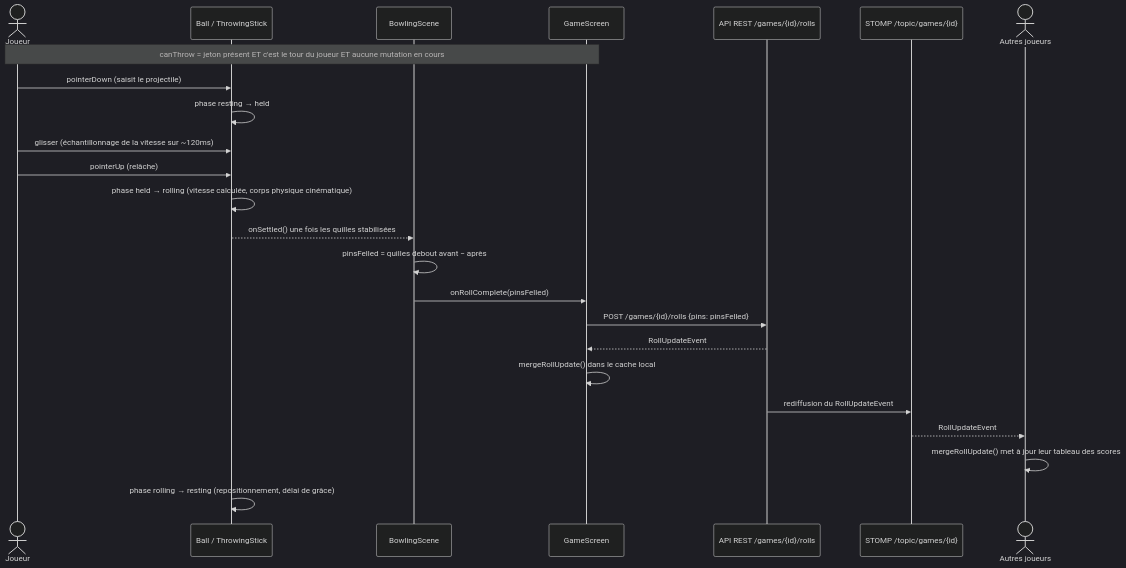
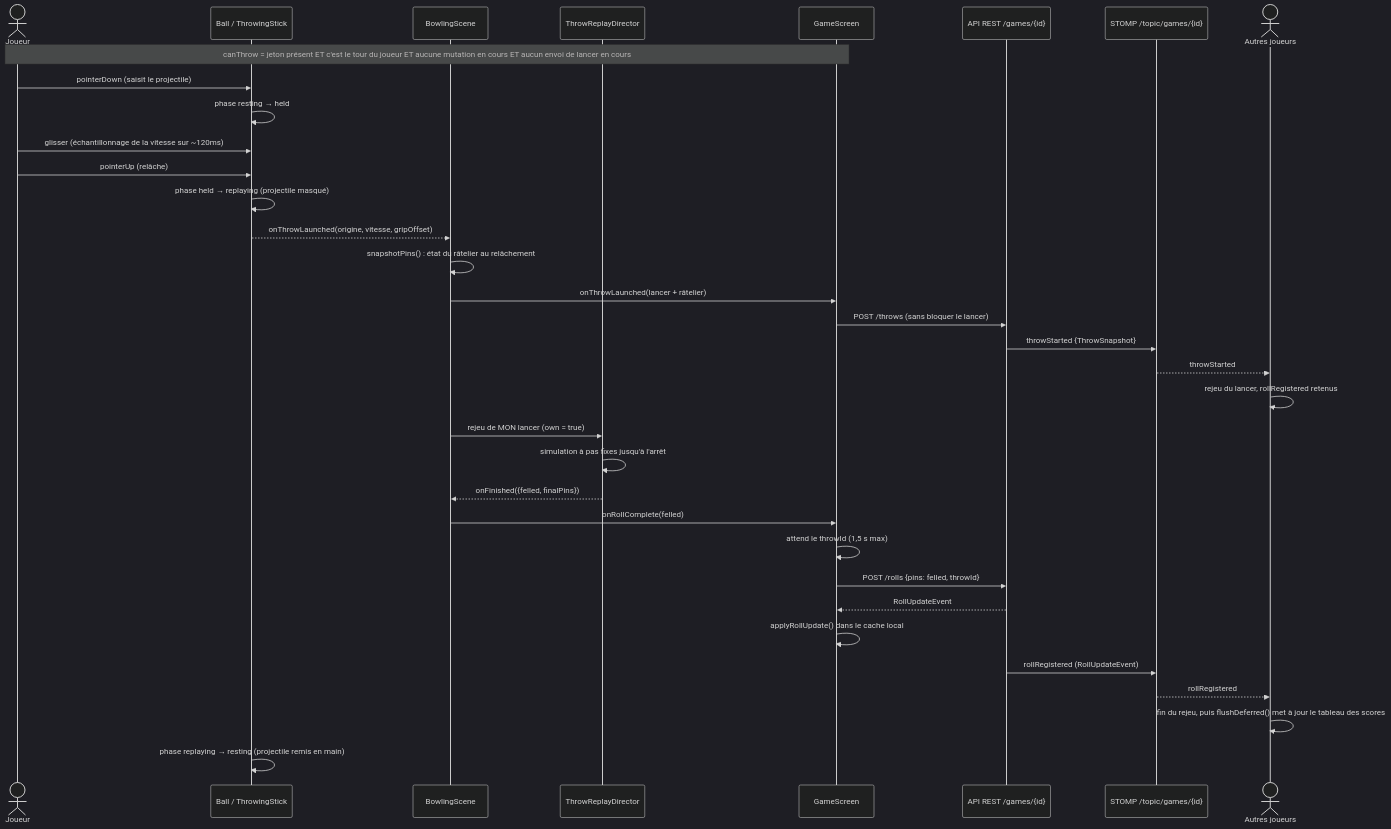
One commit to unoursmarin/SandBattle_ThrowFront changed the third of 4 diagrams in README.md. Above: the diagram before and after it, drawn with Mermaid (dark theme). The commit also changed other lines of this file and 69 other files, not shown here.

Commit message:
multiplayer throw replay, stick grip handles, force small lane for stick

````diff
--- a/README.md
+++ b/README.md
@@ -222,28 +233,39 @@
 ```mermaid
 sequenceDiagram
     actor Joueur
     participant Scene as Ball / ThrowingStick
     participant BowlingScene
+    participant Replay as ThrowReplayDirector
     participant GameScreen
-    participant API as API REST /games/{id}/rolls
+    participant API as API REST /games/{id}
     participant Broker as STOMP /topic/games/{id}
     actor Autres as Autres joueurs
 
-    Note over Joueur,GameScreen: canThrow = jeton présent ET c'est le tour du joueur ET aucune mutation en cours
+    Note over Joueur,GameScreen: canThrow = jeton présent ET c'est le tour du joueur ET aucune mutation en cours ET aucun envoi de lancer en cours
 
     Joueur->>Scene: pointerDown (saisit le projectile)
     Scene->>Scene: phase resting → held
     Joueur->>Scene: glisser (échantillonnage de la vitesse sur ~120ms)
     Joueur->>Scene: pointerUp (relâche)
-    Scene->>Scene: phase held → rolling (vitesse calculée, corps physique cinématique)
-    Scene-->>BowlingScene: onSettled() une fois les quilles stabilisées
-    BowlingScene->>BowlingScene: pinsFelled = quilles debout avant − après
-    BowlingScene->>GameScreen: onRollComplete(pinsFelled)
-    GameScreen->>API: POST /games/{id}/rolls {pins: pinsFelled}
+    Scene->>Scene: phase held → replaying (projectile masqué)
+    Scene-->>BowlingScene: onThrowLaunched(origine, vitesse, gripOffset)
+    BowlingScene->>BowlingScene: snapshotPins() : état du râtelier au relâchement
+    BowlingScene->>GameScreen: onThrowLaunched(lancer + râtelier)
+    GameScreen->>API: POST /throws (sans bloquer le lancer)
+    API->>Broker: throwStarted {ThrowSnapshot}
+    Broker-->>Autres: throwStarted
+    Autres->>Autres: rejeu du lancer, rollRegistered retenus
+
+    BowlingScene->>Replay: rejeu de MON lancer (own = true)
+    Replay->>Replay: simulation à pas fixes jusqu'à l'arrêt
+    Replay-->>BowlingScene: onFinished({felled, finalPins})
+    BowlingScene->>GameScreen: onRollComplete(felled)
+    GameScreen->>GameScreen: attend le throwId (1,5 s max)
+    GameScreen->>API: POST /rolls {pins: felled, throwId}
     API-->>GameScreen: RollUpdateEvent
-    GameScreen->>GameScreen: mergeRollUpdate() dans le cache local
-    API->>Broker: rediffusion du RollUpdateEvent
-    Broker-->>Autres: RollUpdateEvent
-    Autres->>Autres: mergeRollUpdate() met à jour leur tableau des scores
-    Scene->>Scene: phase rolling → resting (repositionnement, délai de grâce)
+    GameScreen->>GameScreen: applyRollUpdate() dans le cache local
+    API->>Broker: rollRegistered (RollUpdateEvent)
+    Broker-->>Autres: rollRegistered
+    Autres->>Autres: fin du rejeu, puis flushDeferred() met à jour le tableau des scores
+    Scene->>Scene: phase replaying → resting (projectile remis en main)
 ```
````
